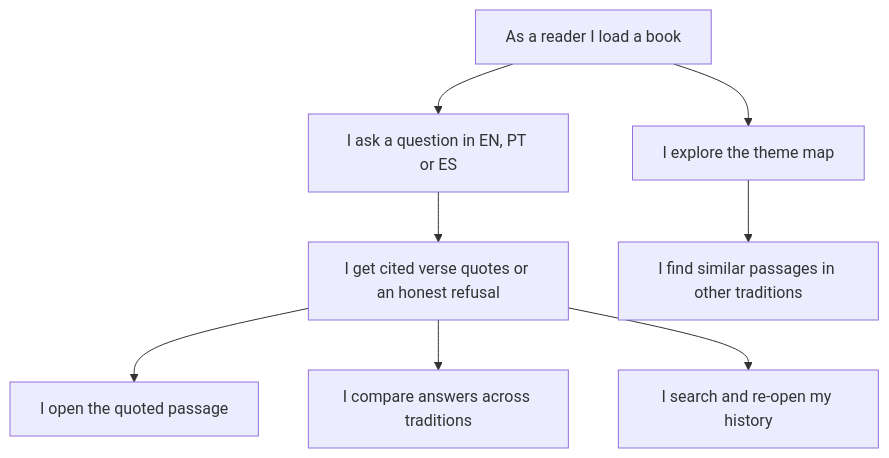
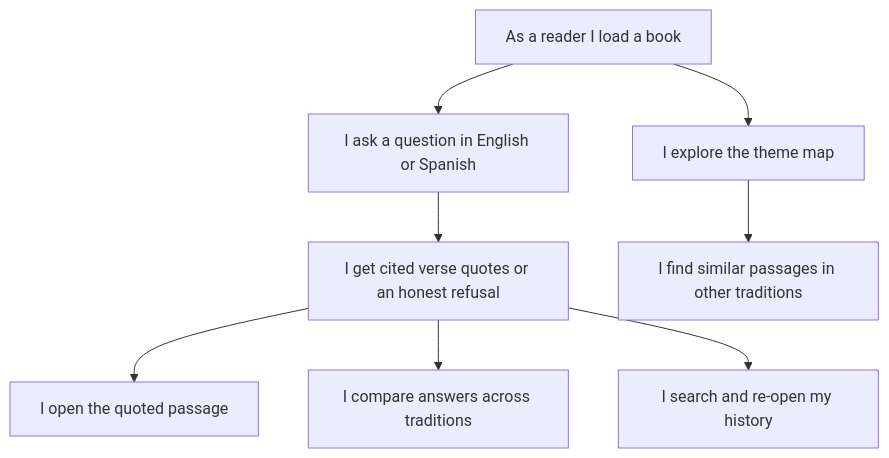
The first of 9 diagrams in docs/ARCHITECTURE.md (IgorCSIS/scripture-rag), drawn with Mermaid before and after one commit. The commit also changed other lines of this file and 6 other files, not shown here.

Commit message:
Launch languages are English and Spanish; Portuguese deferred in docs and diagrams

````diff
--- a/docs/ARCHITECTURE.md
+++ b/docs/ARCHITECTURE.md
@@ -12,10 +12,10 @@
 ```mermaid
 flowchart TB
-  A[As a reader I load a book] --> B[I ask a question in EN, PT or ES]
+  A[As a reader I load a book] --> B[I ask a question in English or Spanish]
   B --> C[I get cited verse quotes or an honest refusal]
   C --> D[I open the quoted passage]
   A --> E[I explore the theme map]
   E --> F[I find similar passages in other traditions]
   C --> G[I compare answers across traditions]
   C --> H[I search and re-open my history]
 ```
````
